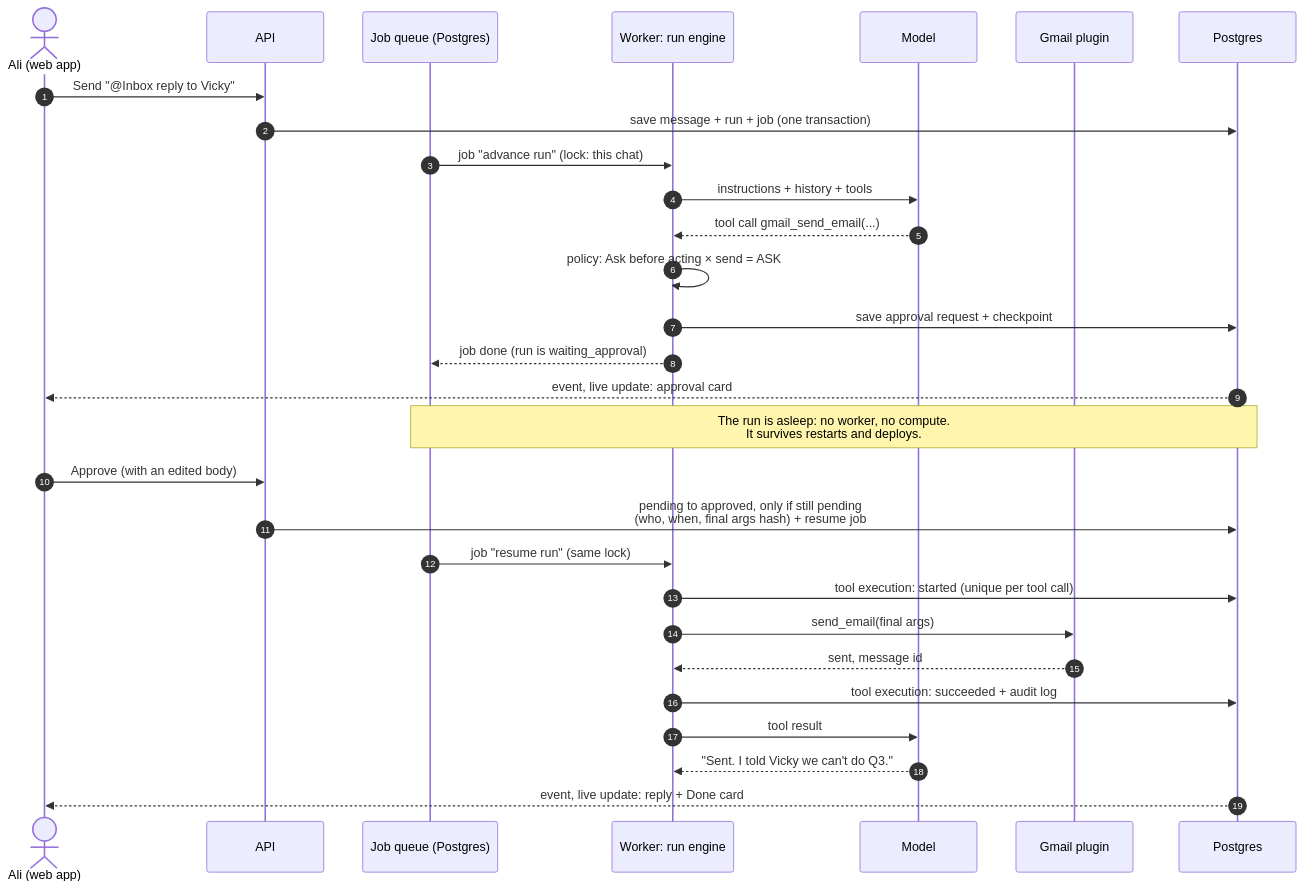
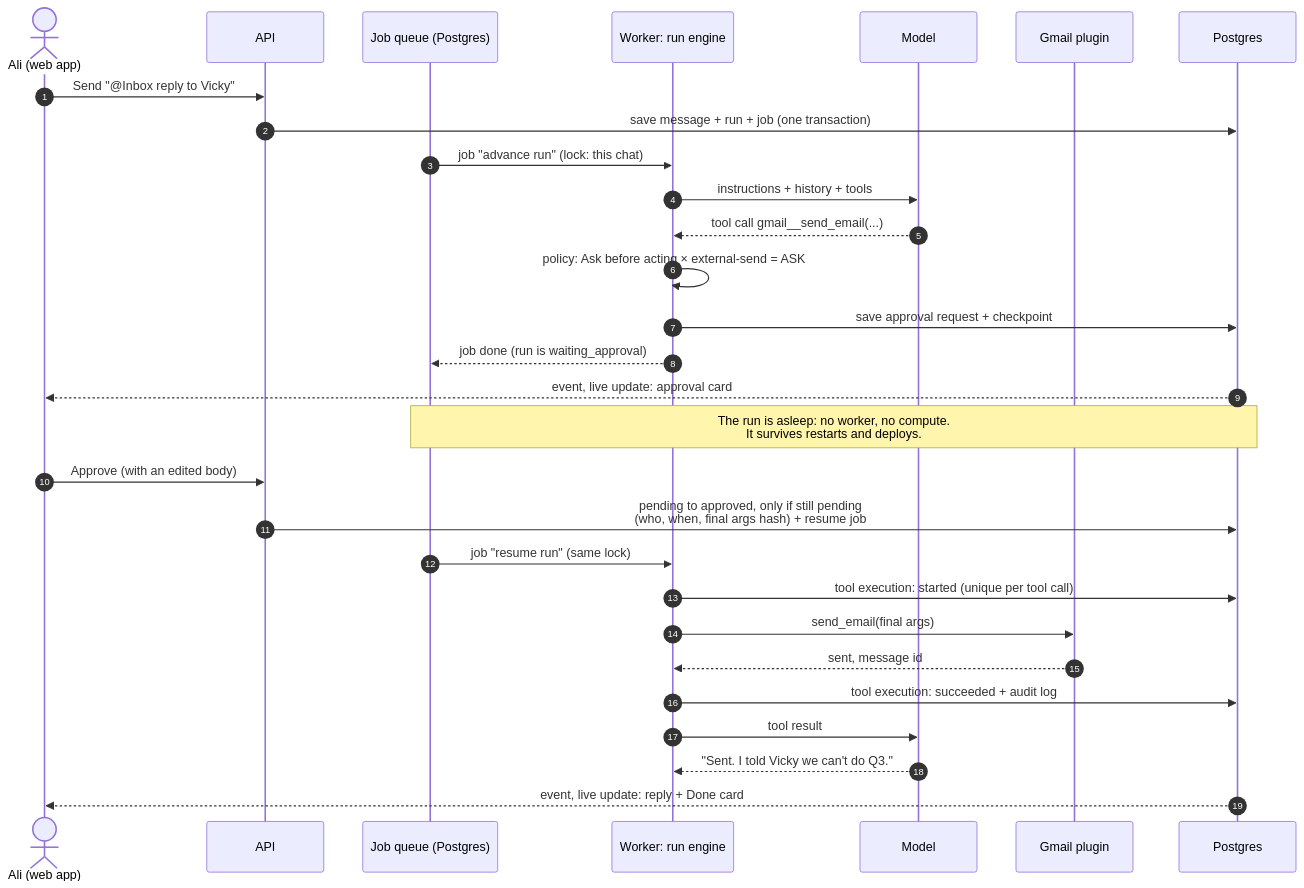
The diagram in docs/architecture/diagrams/05-approval-sequence.mmd (alihassan-coder/botdesk), drawn with Mermaid before and after one commit. The commit also changed 23 other files, not shown here.

Commit message:
docs: align architecture docs and diagrams with ADRs 0004-0006, mark high-level.md as partly historical

```diff
--- a/docs/architecture/diagrams/05-approval-sequence.mmd
+++ b/docs/architecture/diagrams/05-approval-sequence.mmd
@@ -1,29 +1,29 @@
 sequenceDiagram
   autonumber
   actor Ali as Ali (web app)
   participant API as API
   participant Q as Job queue (Postgres)
   participant RUN as Worker: run engine
   participant LLM as Model
   participant GM as Gmail plugin
   participant DB as Postgres
   Ali->>API: Send "@Inbox reply to Vicky"
   API->>DB: save message + run + job (one transaction)
   Q->>RUN: job "advance run" (lock: this chat)
   RUN->>LLM: instructions + history + tools
-  LLM-->>RUN: tool call gmail_send_email(...)
-  RUN->>RUN: policy: Ask before acting × send = ASK
+  LLM-->>RUN: tool call gmail__send_email(...)
+  RUN->>RUN: policy: Ask before acting × external-send = ASK
   RUN->>DB: save approval request + checkpoint
   RUN-->>Q: job done (run is waiting_approval)
   DB-->>Ali: event, live update: approval card
   Note over Q,DB: The run is asleep: no worker, no compute.<br/>It survives restarts and deploys.
   Ali->>API: Approve (with an edited body)
   API->>DB: pending to approved, only if still pending<br/>(who, when, final args hash) + resume job
   Q->>RUN: job "resume run" (same lock)
   RUN->>DB: tool execution: started (unique per tool call)
   RUN->>GM: send_email(final args)
   GM-->>RUN: sent, message id
   RUN->>DB: tool execution: succeeded + audit log
   RUN->>LLM: tool result
   LLM-->>RUN: "Sent. I told Vicky we can't do Q3."
   DB-->>Ali: event, live update: reply + Done card
```
